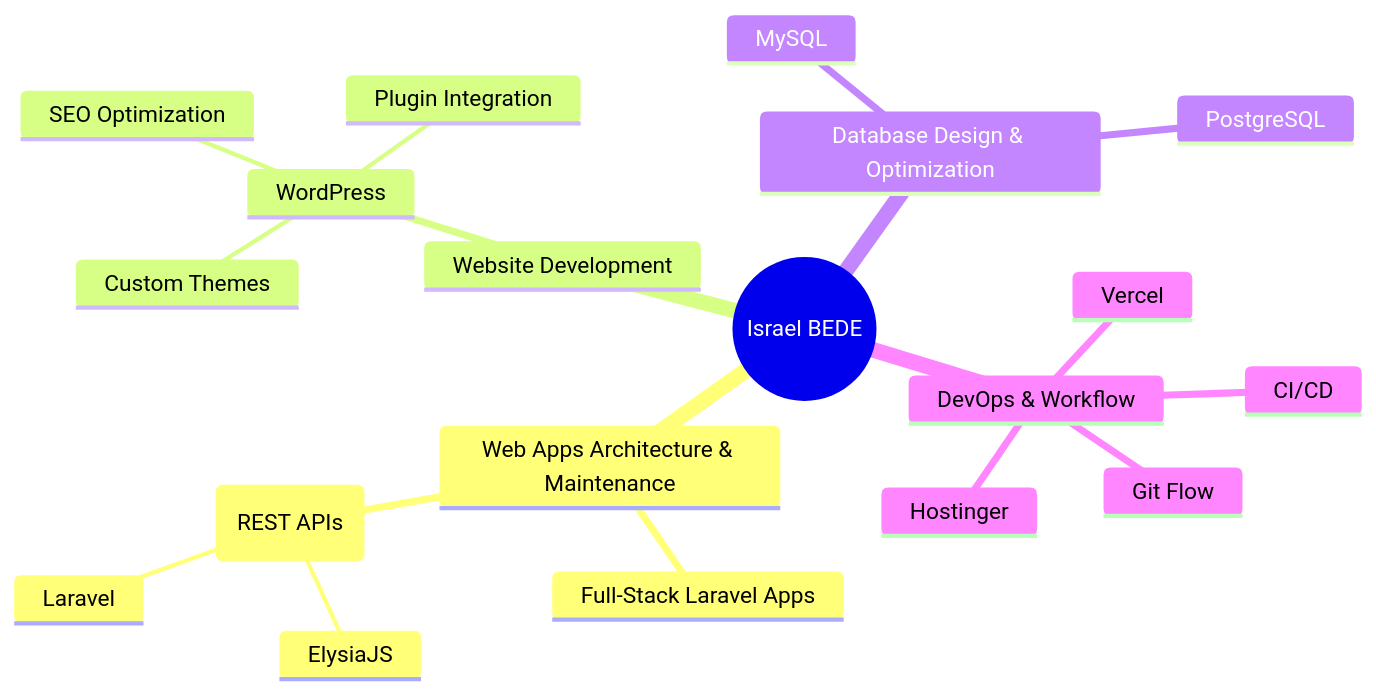
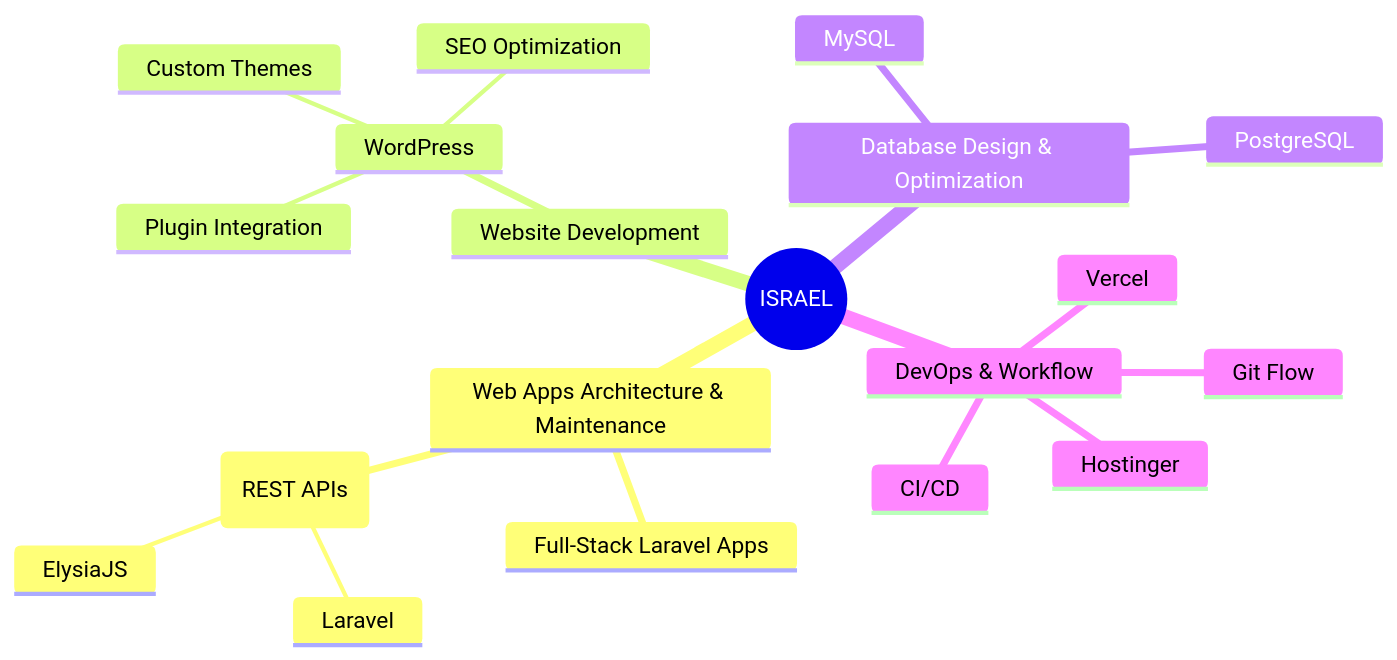
Before and after one commit to DevIzee/DevIzee: the diagram in README.md, drawn with Mermaid. The commit also changed other lines of this file, not shown here.

````diff
--- a/README.md
+++ b/README.md
@@ -59,22 +92,22 @@
 ```mermaid
 mindmap
-  root((Israel BEDE))
+  root((ISRAEL))
     Web Apps Architecture & Maintenance
       Full-Stack Laravel Apps
       Backend (REST APIs)
         Laravel
         ElysiaJS
     Website Development
       WordPress
         Custom Themes
         Plugin Integration
         SEO Optimization
     Database Design & Optimization
       MySQL
       PostgreSQL
     DevOps & Workflow
       Git Flow
       CI/CD
       Hostinger
       Vercel
 ```
````
